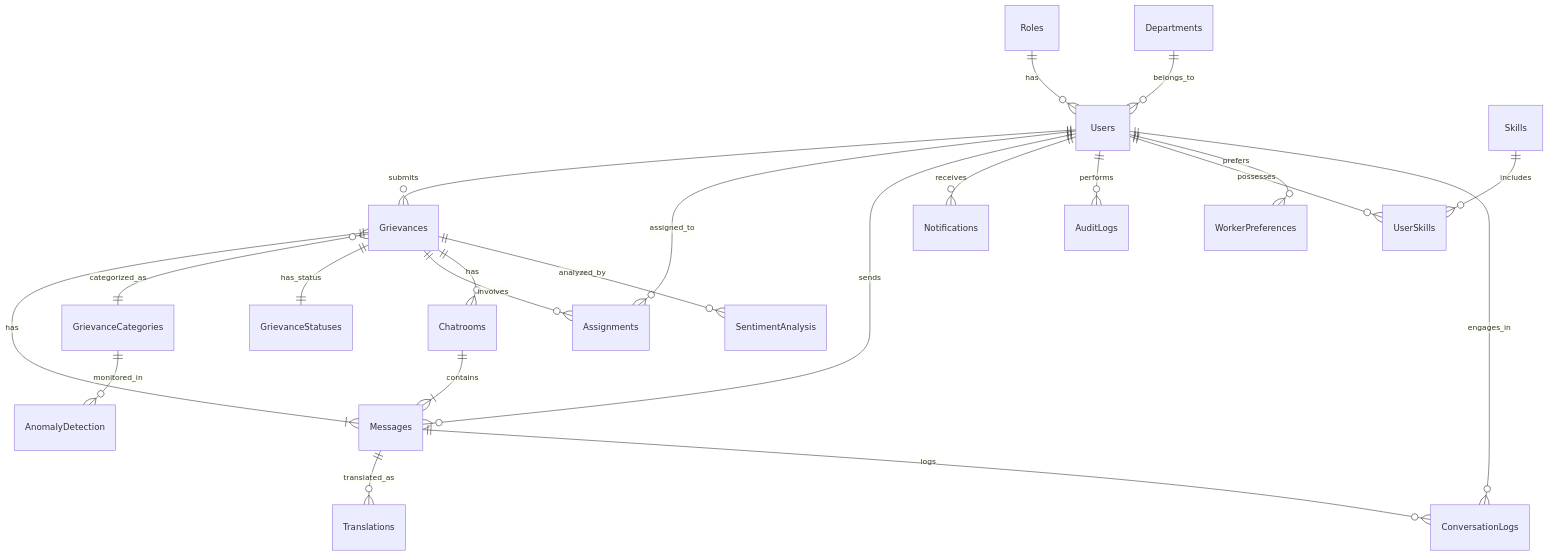
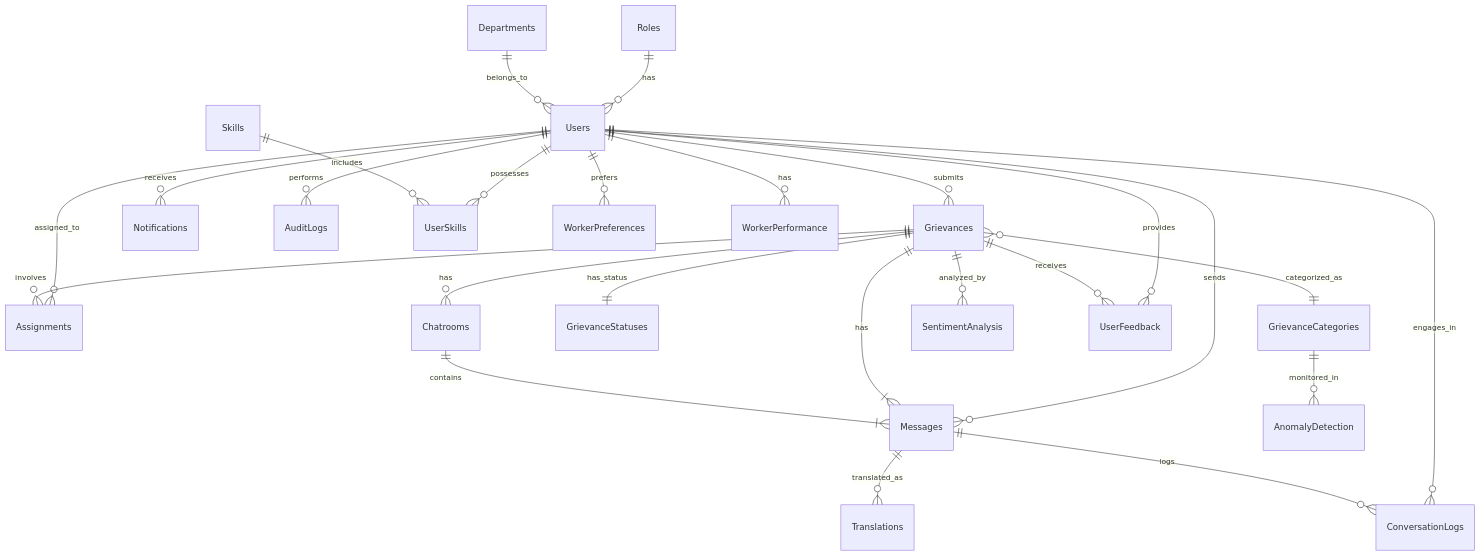
The diagram in schema.md (Transcendental-Programmer/Hostel-Management-System), drawn with Mermaid before and after one commit. The commit also changed other lines of this file, not shown here.

````diff
--- a/schema.md
+++ b/schema.md
@@ -420,24 +492,27 @@
 ```mermaid
 erDiagram
     Users ||--o{ Grievances : submits
     Users ||--o{ Assignments : assigned_to
     Users ||--o{ Messages : sends
     Roles ||--o{ Users : has
     Departments ||--o{ Users : belongs_to
     Grievances ||--|{ Messages : has
     Grievances }o--|| GrievanceCategories : categorized_as
     Grievances ||--|| GrievanceStatuses : has_status
     Grievances ||--o{ Assignments : involves
     Grievances ||--o{ Chatrooms : has
     Chatrooms ||--|{ Messages : contains
     Grievances ||--o{ SentimentAnalysis : analyzed_by
     GrievanceCategories ||--o{ AnomalyDetection : monitored_in
     Messages ||--o{ Translations : translated_as
     Users ||--o{ Notifications : receives
     Users ||--o{ AuditLogs : performs
     Users ||--o{ UserSkills : possesses
     Skills ||--o{ UserSkills : includes
     Users ||--o{ WorkerPreferences : prefers
     Users ||--o{ ConversationLogs : engages_in
     Messages ||--o{ ConversationLogs : logs
+    Users ||--o{ UserFeedback : provides
+    Grievances ||--o{ UserFeedback : receives
+    Users ||--o{ WorkerPerformance : has
 ```
````
